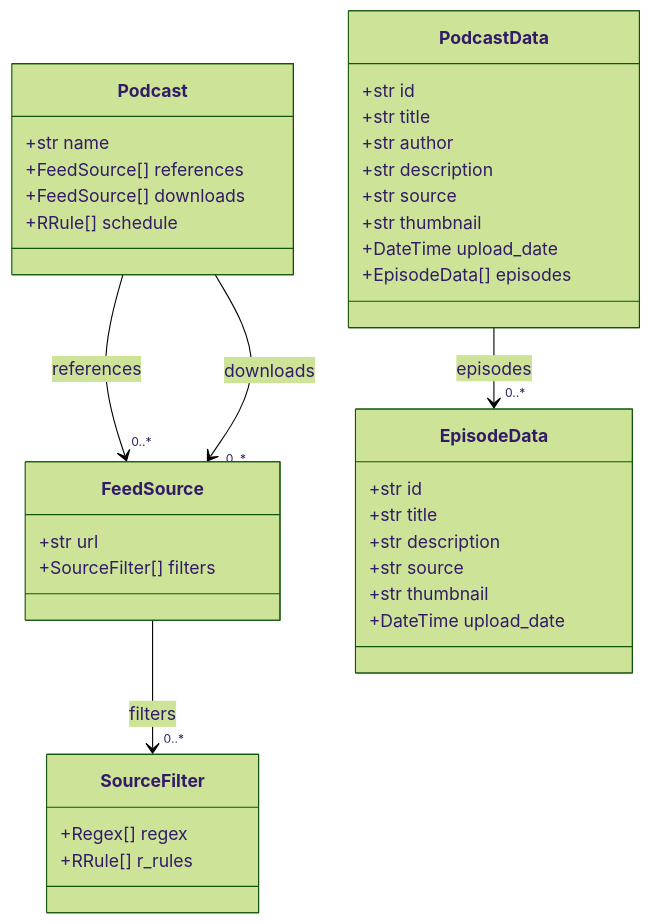
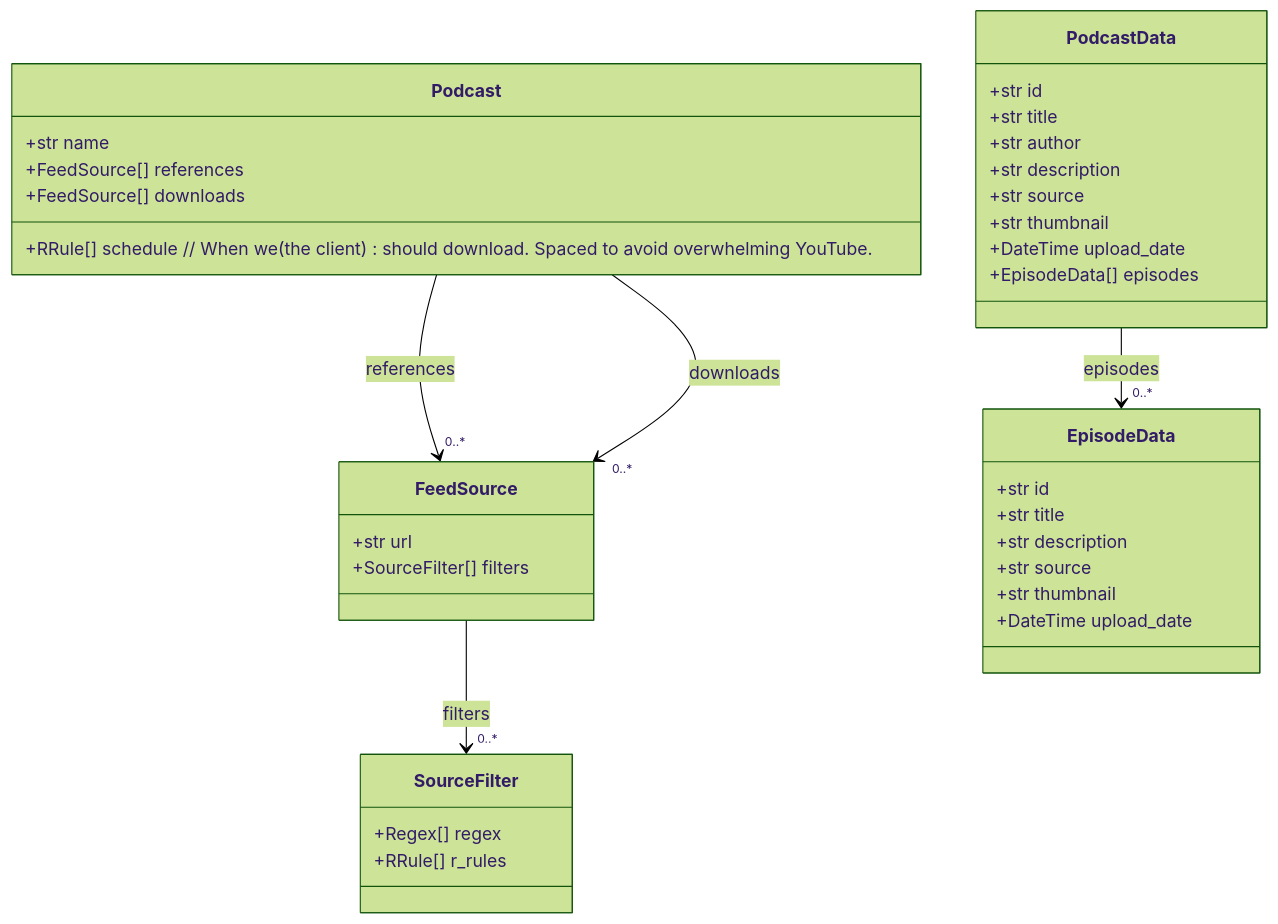
Before and after one commit to BinaryBand/adrift: the first of 5 diagrams in docs/SPECS.md, drawn with Mermaid (forest theme). The commit also changed 9 other files, not shown here.

````diff
--- a/docs/SPECS.md
+++ b/docs/SPECS.md
@@ -5,44 +5,44 @@
 ```mermaid
 classDiagram
     class SourceFilter {
         +Regex[] regex
         +RRule[] r_rules
     }
 
     class FeedSource {
         +str url
         +SourceFilter[] filters
     }
 
     class Podcast {
         +str name
         +FeedSource[] references
         +FeedSource[] downloads
-        +RRule[] schedule
+        +RRule[] schedule // When we (the client) should download. Spaced to avoid overwhelming YouTube.
     }
 
     class PodcastData {
         +str id
         +str title
         +str author
         +str description
         +str source
         +str thumbnail
         +DateTime upload_date
         +EpisodeData[] episodes
     }
 
     class EpisodeData {
         +str id
         +str title
         +str description
         +str source
         +str thumbnail
         +DateTime upload_date
     }
 
     Podcast --> "0..*" FeedSource : references
     Podcast --> "0..*" FeedSource : downloads
     FeedSource --> "0..*" SourceFilter : filters
     PodcastData --> "0..*" EpisodeData : episodes
 ```
````
